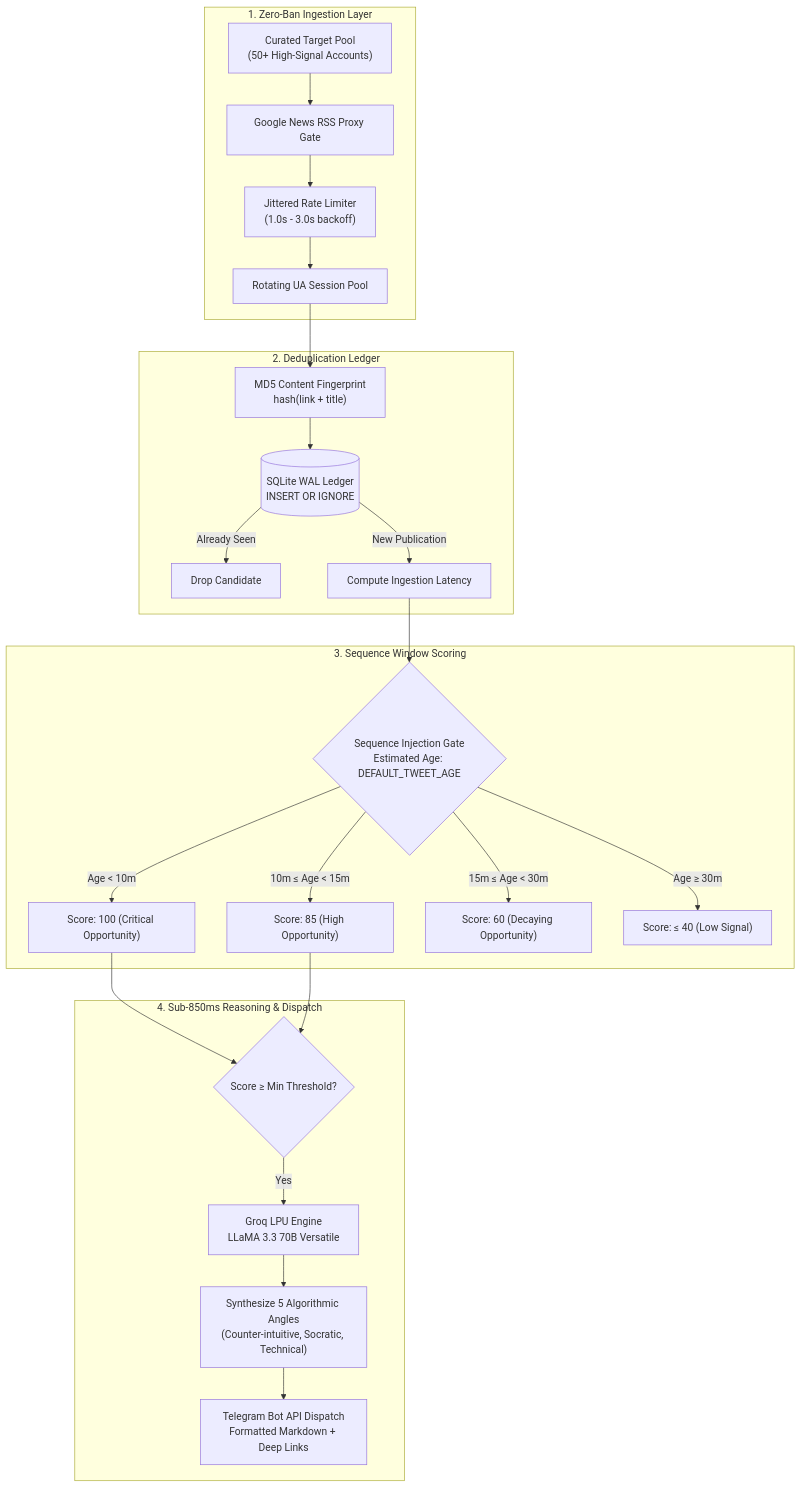
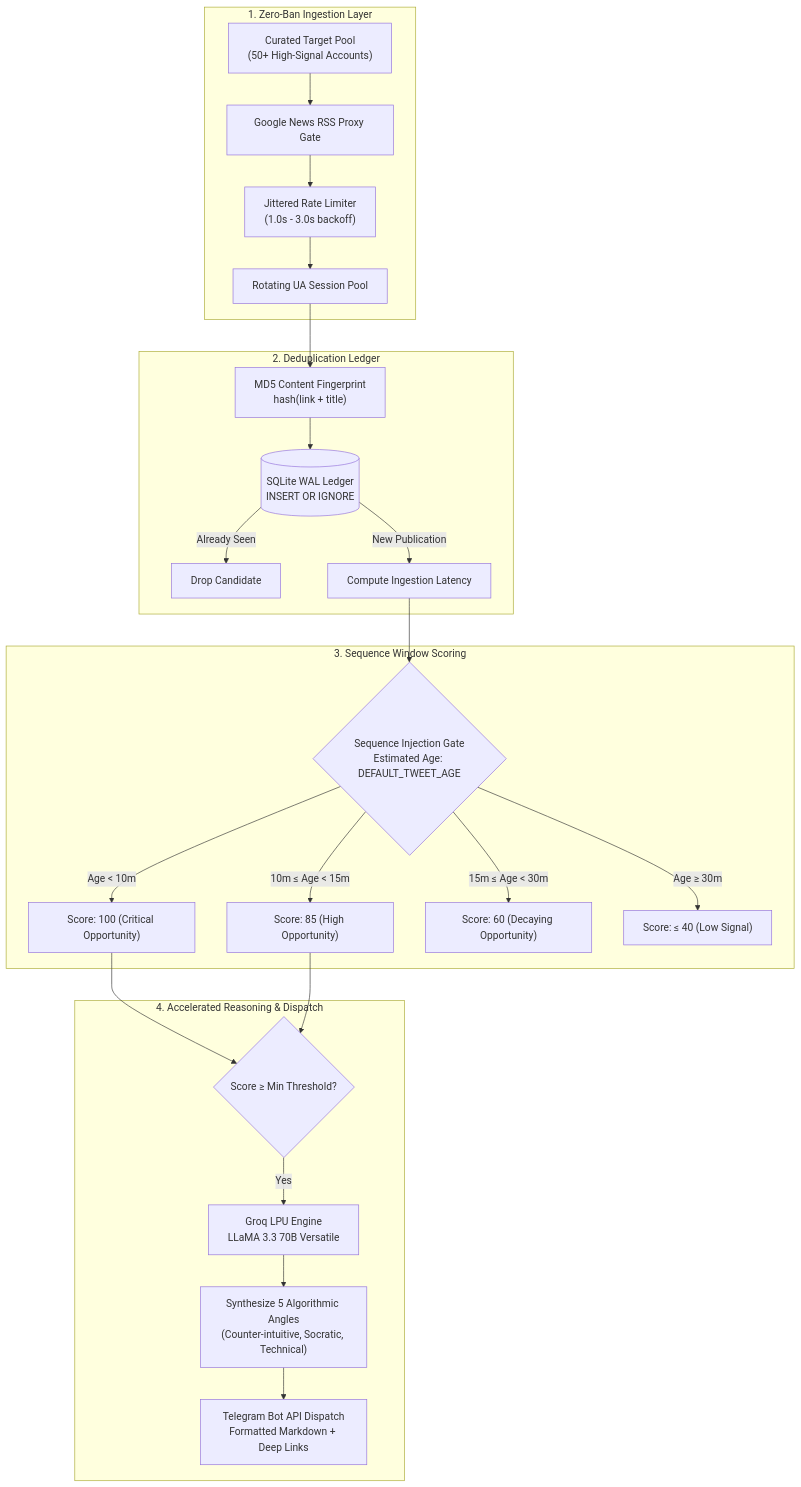
Before and after one commit to CynthiaWahome/velocityX: the diagram in README.md, drawn with Mermaid. The commit also changed other lines of this file and 7 other files, not shown here.

````diff
--- a/README.md
+++ b/README.md
@@ -35,30 +34,30 @@
 ```mermaid
 flowchart TD
     subgraph Ingestion ["1. Zero-Ban Ingestion Layer"]
         A["Curated Target Pool<br/>(50+ High-Signal Accounts)"] --> B["Google News RSS Proxy Gate"]
         B --> C["Jittered Rate Limiter<br/>(1.0s - 3.0s backoff)"]
         C --> D["Rotating UA Session Pool"]
     end
 
     subgraph Ledger ["2. Deduplication Ledger"]
         D --> E["MD5 Content Fingerprint<br/>hash(link + title)"]
         E --> F[("SQLite WAL Ledger<br/>INSERT OR IGNORE")]
         F -->|Already Seen| G["Drop Candidate"]
         F -->|New Publication| H["Compute Ingestion Latency"]
     end
 
     subgraph Scoring ["3. Sequence Window Scoring"]
         H --> I{"Sequence Injection Gate<br/>Estimated Age: DEFAULT_TWEET_AGE"}
         I -->|Age < 10m| J["Score: 100 (Critical Opportunity)"]
         I -->|10m ≤ Age < 15m| K["Score: 85 (High Opportunity)"]
         I -->|15m ≤ Age < 30m| L["Score: 60 (Decaying Opportunity)"]
         I -->|Age ≥ 30m| M["Score: ≤ 40 (Low Signal)"]
     end
 
-    subgraph Reasoning ["4. Sub-850ms Reasoning & Dispatch"]
+    subgraph Reasoning ["4. Accelerated Reasoning & Dispatch"]
         J & K --> N{"Score ≥ Min Threshold?"}
         N -->|Yes| O["Groq LPU Engine<br/>LLaMA 3.3 70B Versatile"]
         O --> P["Synthesize 5 Algorithmic Angles<br/>(Counter-intuitive, Socratic, Technical)"]
         P --> Q["Telegram Bot API Dispatch<br/>Formatted Markdown + Deep Links"]
     end
 ```
````
